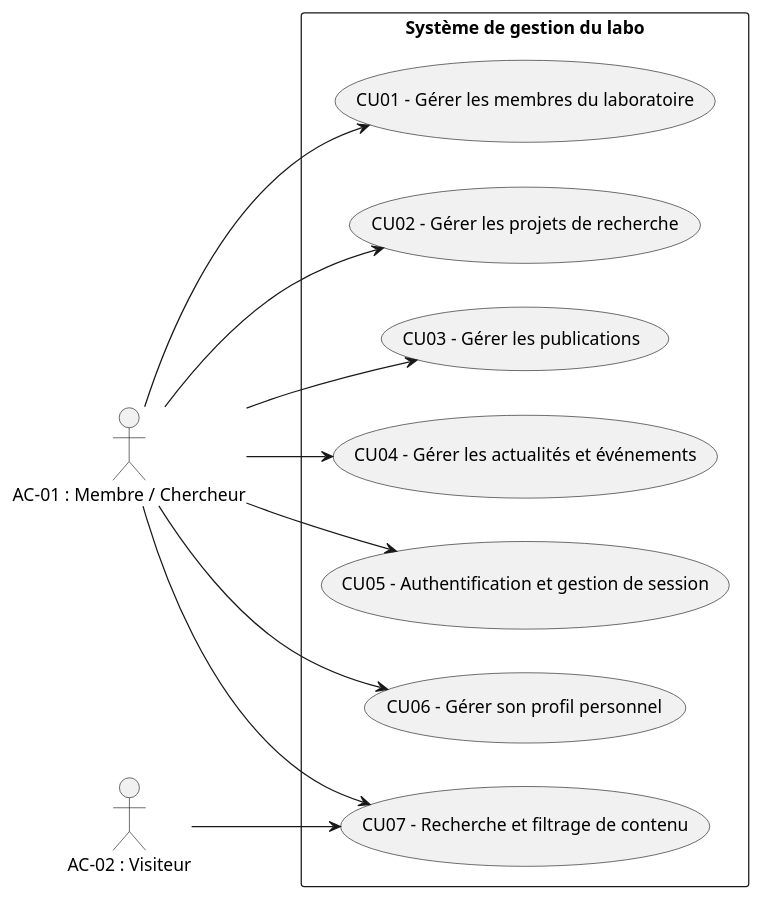
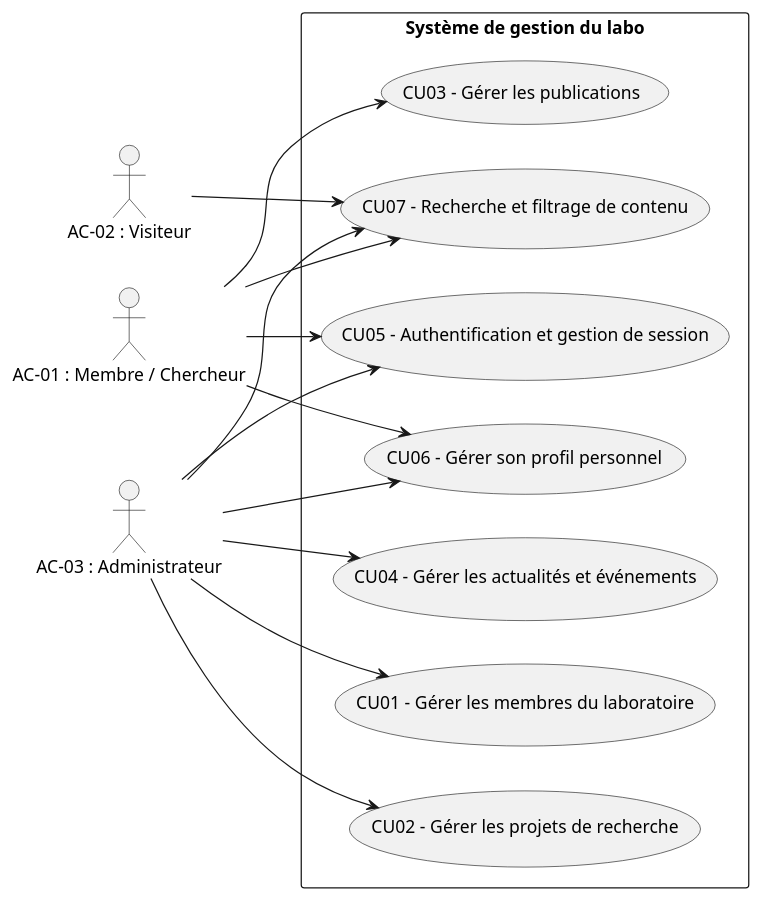
The diagram in doc/usecase/usecase.puml (stilab-ets/stilab-ets.github.io), drawn with PlantUML before and after one commit.

Commit message:
Update use case diagram

```diff
--- a/doc/usecase/usecase.puml
+++ b/doc/usecase/usecase.puml
@@ -1,28 +1,32 @@
 @startuml
 left to right direction
 skinparam packageStyle rectangle
 
 actor "AC-01 : Membre / Chercheur" as Membre
 actor "AC-02 : Visiteur" as Visiteur
+actor "AC-03 : Administrateur" as Admin
 
 rectangle "Système de gestion du labo" {
   
   usecase "CU01 - Gérer les membres du laboratoire" as CU01
   usecase "CU02 - Gérer les projets de recherche" as CU02
   usecase "CU03 - Gérer les publications" as CU03
   usecase "CU04 - Gérer les actualités et événements" as CU04
   usecase "CU05 - Authentification et gestion de session" as CU05
   usecase "CU06 - Gérer son profil personnel" as CU06
   usecase "CU07 - Recherche et filtrage de contenu" as CU07
 }
 
-Membre --> CU01
-Membre --> CU02
+Admin --> CU01
+Admin --> CU02
 Membre --> CU03
-Membre --> CU04
+Admin --> CU04
 Membre --> CU05
+Admin --> CU05
 Membre --> CU06
+Admin --> CU06
 Membre --> CU07
 Visiteur --> CU07
+Admin --> CU07
 
 @enduml
```
